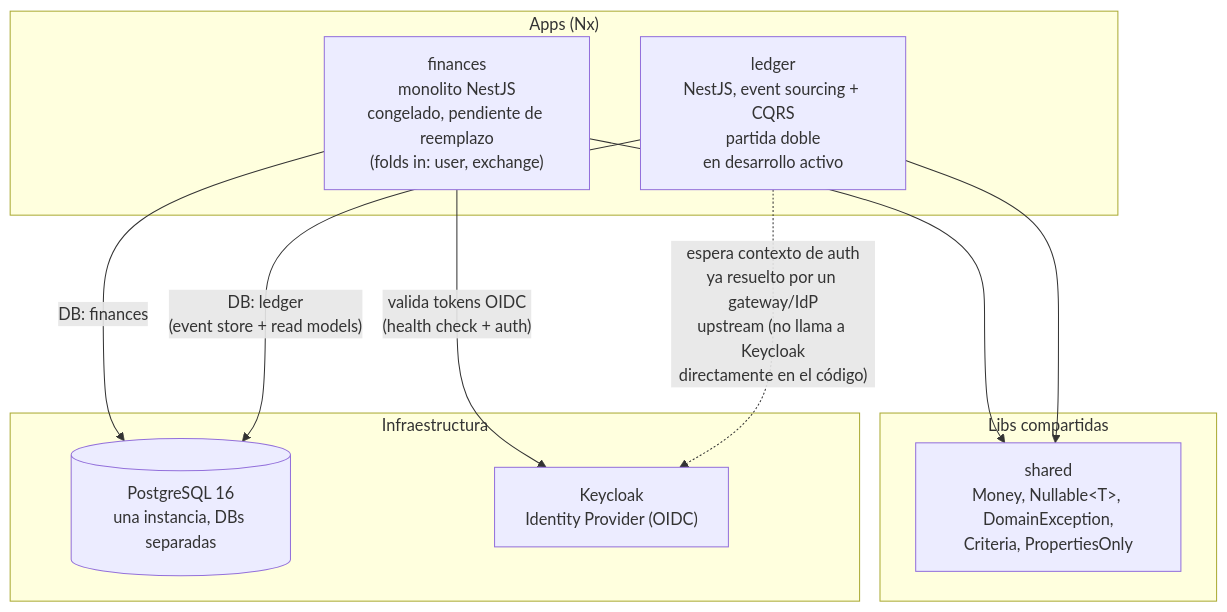
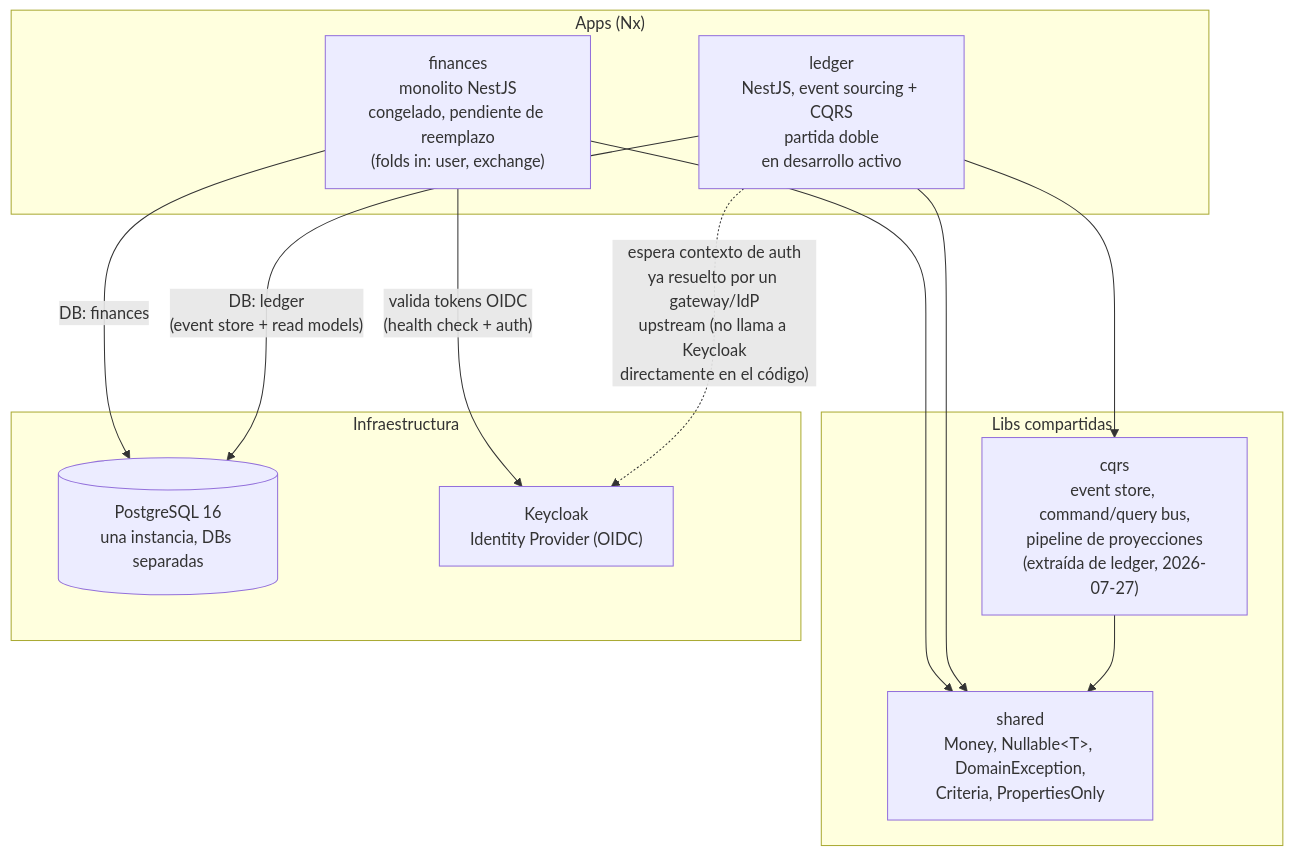
The diagram in docs/architecture/containers.md (cristsr/admin-backend), drawn with Mermaid before and after one commit. The commit also changed other lines of this file and 8 other files, not shown here.

First line of the commit message:
feat(docs): complete the LikeC4 to Mermaid migration

````diff
--- a/docs/architecture/containers.md
+++ b/docs/architecture/containers.md
@@ -9,25 +10,28 @@
 ```mermaid
-graph TB
+flowchart TB
   subgraph apps["Apps (Nx)"]
     finances["finances<br/>monolito NestJS<br/>congelado, pendiente de reemplazo<br/>(folds in: user, exchange)"]
     ledger["ledger<br/>NestJS, event sourcing + CQRS<br/>partida doble<br/>en desarrollo activo"]
   end
 
   subgraph libs["Libs compartidas"]
     shared["shared<br/>Money, Nullable&lt;T&gt;, DomainException,<br/>Criteria, PropertiesOnly"]
+    cqrs["cqrs<br/>event store, command/query bus,<br/>pipeline de proyecciones<br/>(extraída de ledger, 2026-07-27)"]
   end
 
   subgraph infra["Infraestructura"]
     pg[("PostgreSQL 16<br/>una instancia, DBs separadas")]
     keycloak["Keycloak<br/>Identity Provider (OIDC)"]
   end
 
   finances --> shared
   ledger --> shared
+  ledger --> cqrs
+  cqrs --> shared
 
   finances -- "DB: finances" --> pg
   ledger -- "DB: ledger<br/>(event store + read models)" --> pg
 
   finances -- "valida tokens OIDC<br/>(health check + auth)" --> keycloak
   ledger -. "espera contexto de auth<br/>ya resuelto por un gateway/IdP<br/>upstream (no llama a Keycloak<br/>directamente en el código)" .-> keycloak
 ```
````
